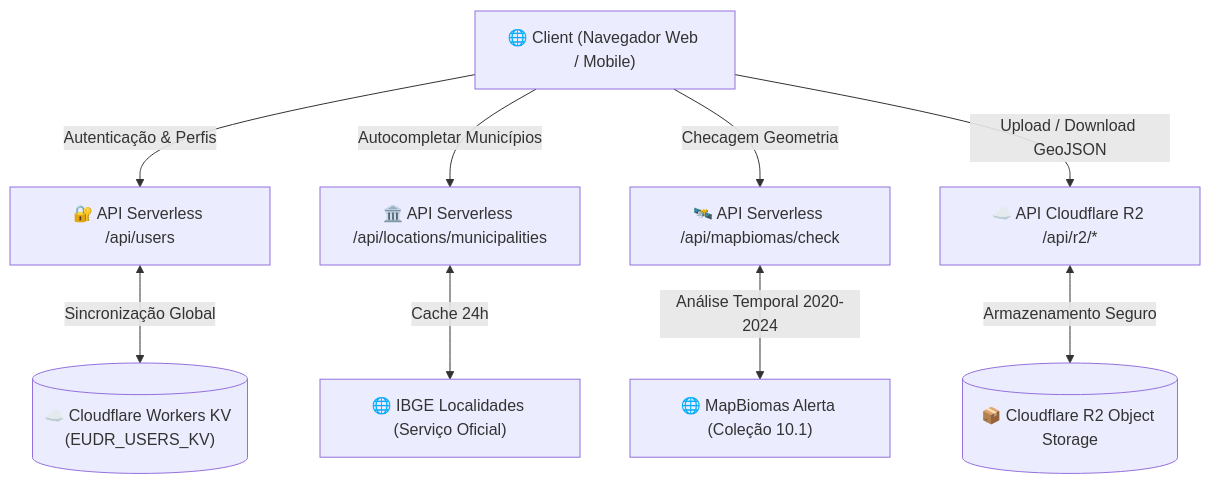
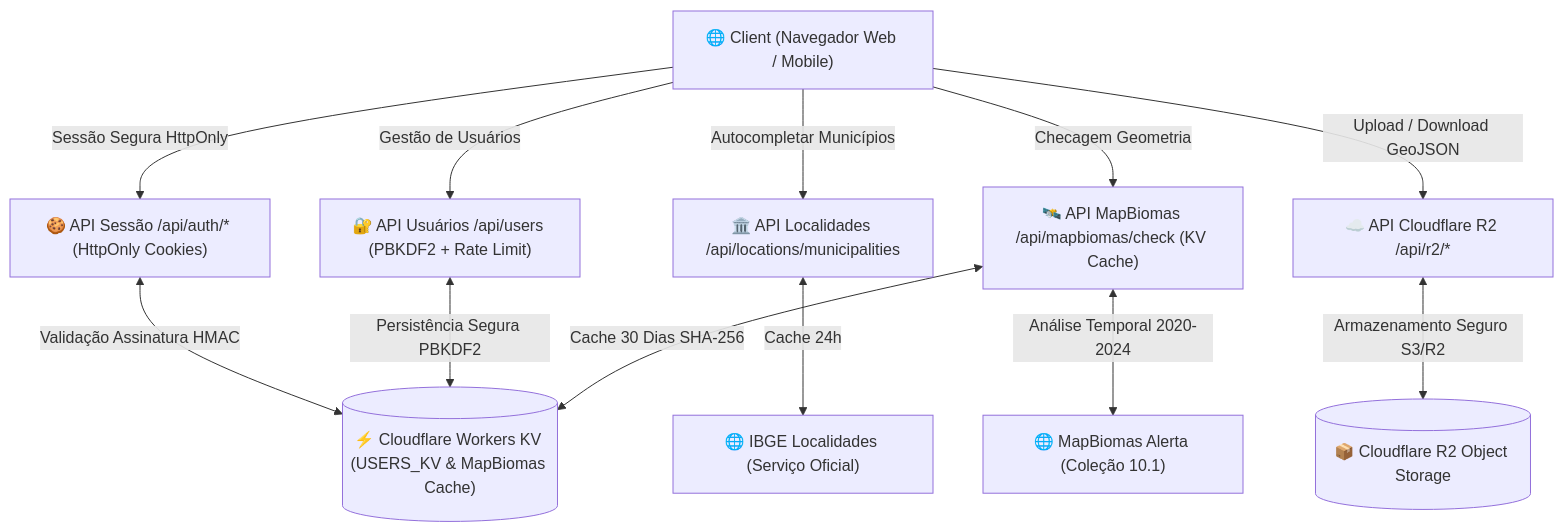
Before and after one commit to joaomatos-faf/EUDRFAF: the first of 2 diagrams in README.md, drawn with Mermaid. The commit also changed other lines of this file and 7 other files, not shown here.

Commit message:
feat(auth): implement HttpOnly session cookie authentication, OpenAPI 3.1 spec, and updated README

````diff
--- a/README.md
+++ b/README.md
@@ -15,22 +20,26 @@
 ```mermaid
 graph TD
     Client["🌐 Client (Navegador Web / Mobile)"]
-    API_Users["🔐 API Serverless /api/users"]
-    API_IBGE["🏛️ API Serverless /api/locations/municipalities"]
-    API_MapBiomas["🛰️ API Serverless /api/mapbiomas/check"]
+    API_Auth["🍪 API Sessão /api/auth/* (HttpOnly Cookies)"]
+    API_Users["🔐 API Usuários /api/users (PBKDF2 + Rate Limit)"]
+    API_IBGE["🏛️ API Localidades /api/locations/municipalities"]
+    API_MapBiomas["🛰️ API MapBiomas /api/mapbiomas/check (KV Cache)"]
     API_R2["☁️ API Cloudflare R2 /api/r2/*"]
-    CloudflareKV[("☁️ Cloudflare Workers KV (EUDR_USERS_KV)")]
+    CloudflareKV[("⚡ Cloudflare Workers KV (USERS_KV & MapBiomas Cache)")]
     R2_Bucket[("📦 Cloudflare R2 Object Storage")]
     IBGE_Service["🌐 IBGE Localidades (Serviço Oficial)"]
     MapBiomas_Service["🌐 MapBiomas Alerta (Coleção 10.1)"]
 
-    Client -->|Autenticação & Perfis| API_Users
+    Client -->|Sessão Segura HttpOnly| API_Auth
+    Client -->|Gestão de Usuários| API_Users
     Client -->|Autocompletar Municípios| API_IBGE
     Client -->|Checagem Geometria| API_MapBiomas
     Client -->|Upload / Download GeoJSON| API_R2
 
-    API_Users <-->|Sincronização Global| CloudflareKV
-    API_R2 <-->|Armazenamento Seguro| R2_Bucket
+    API_Auth <-->|Validação Assinatura HMAC| CloudflareKV
+    API_Users <-->|Persistência Segura PBKDF2| CloudflareKV
+    API_MapBiomas <-->|Cache 30 Dias SHA-256| CloudflareKV
+    API_R2 <-->|Armazenamento Seguro S3/R2| R2_Bucket
     API_IBGE <-->|Cache 24h| IBGE_Service
     API_MapBiomas <-->|Análise Temporal 2020-2024| MapBiomas_Service
 ```
````
